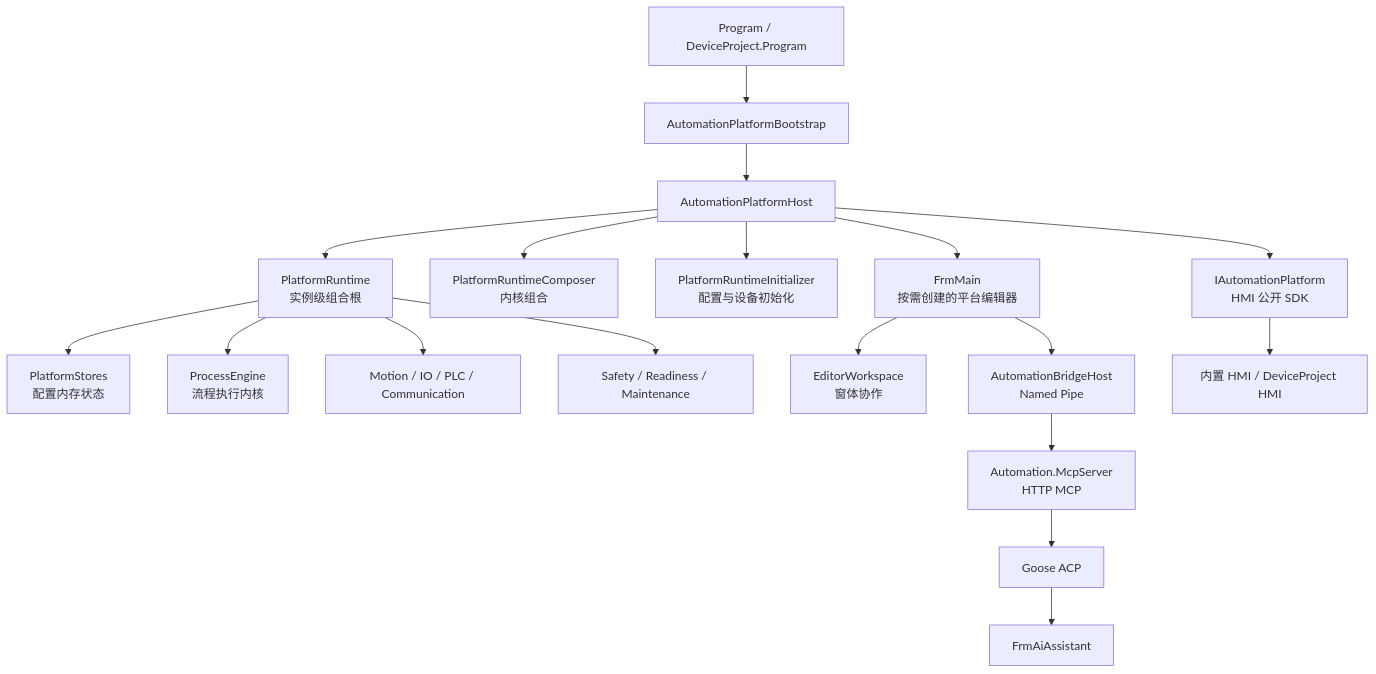
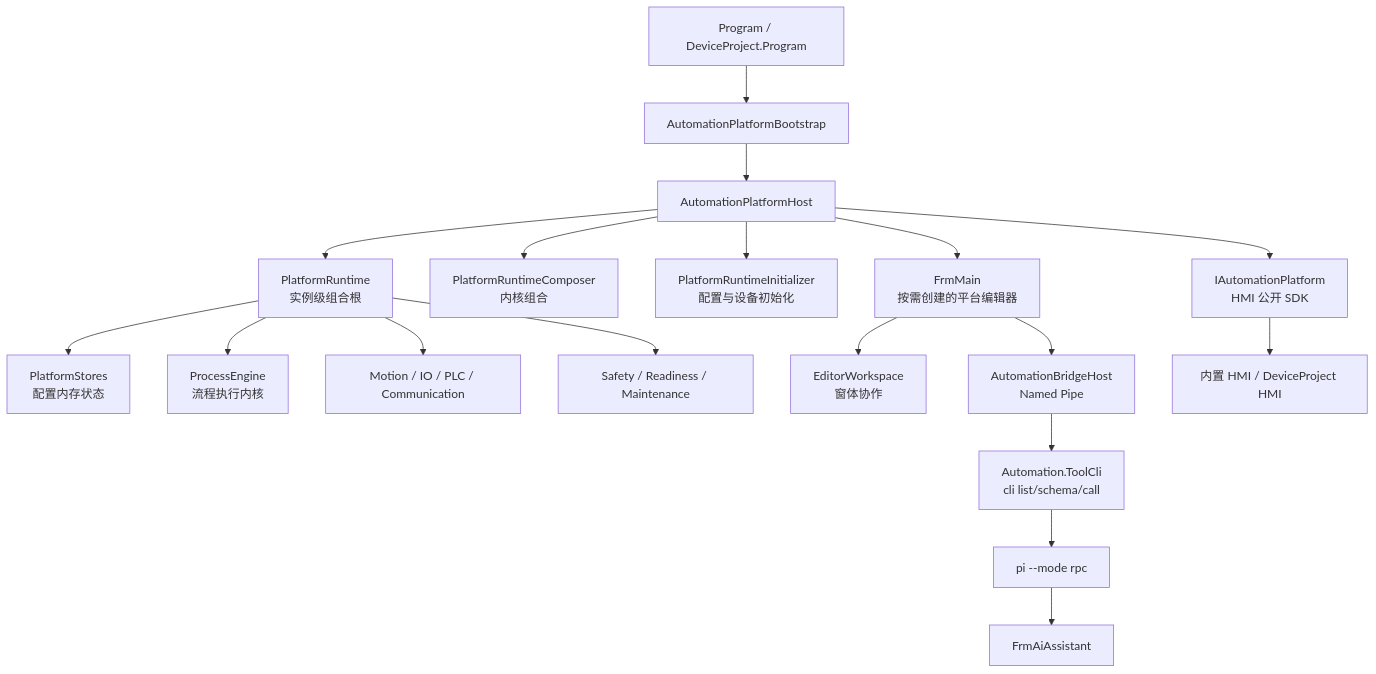
The diagram in Docs/Architecture/README.md (zeastwin/Automation), drawn with Mermaid before and after one commit. The commit also changed other lines of this file and 73 other files, not shown here.

````diff
--- a/Docs/Architecture/README.md
+++ b/Docs/Architecture/README.md
@@ -20,20 +20,20 @@
 ```mermaid
 flowchart TD
     Program["Program / DeviceProject.Program"] --> Bootstrap["AutomationPlatformBootstrap"]
     Bootstrap --> Host["AutomationPlatformHost"]
     Host --> Runtime["PlatformRuntime\n实例级组合根"]
     Host --> Composer["PlatformRuntimeComposer\n内核组合"]
     Host --> Initializer["PlatformRuntimeInitializer\n配置与设备初始化"]
     Runtime --> Stores["PlatformStores\n配置内存状态"]
     Runtime --> Engine["ProcessEngine\n流程执行内核"]
     Runtime --> Devices["Motion / IO / PLC / Communication"]
     Runtime --> Safety["Safety / Readiness / Maintenance"]
     Host --> Editor["FrmMain\n按需创建的平台编辑器"]
     Editor --> Workspace["EditorWorkspace\n窗体协作"]
     Host --> Sdk["IAutomationPlatform\nHMI 公开 SDK"]
     Sdk --> Hmi["内置 HMI / DeviceProject HMI"]
     Editor --> Bridge["AutomationBridgeHost\nNamed Pipe"]
-    Bridge --> Mcp["Automation.McpServer\nHTTP MCP"]
-    Mcp --> Goose["Goose ACP"]
-    Goose --> AiUi["FrmAiAssistant"]
+    Bridge --> Cli["Automation.ToolCli\ncli list/schema/call"]
+    Cli --> Pi["pi --mode rpc"]
+    Pi --> AiUi["FrmAiAssistant"]
 ```
````
